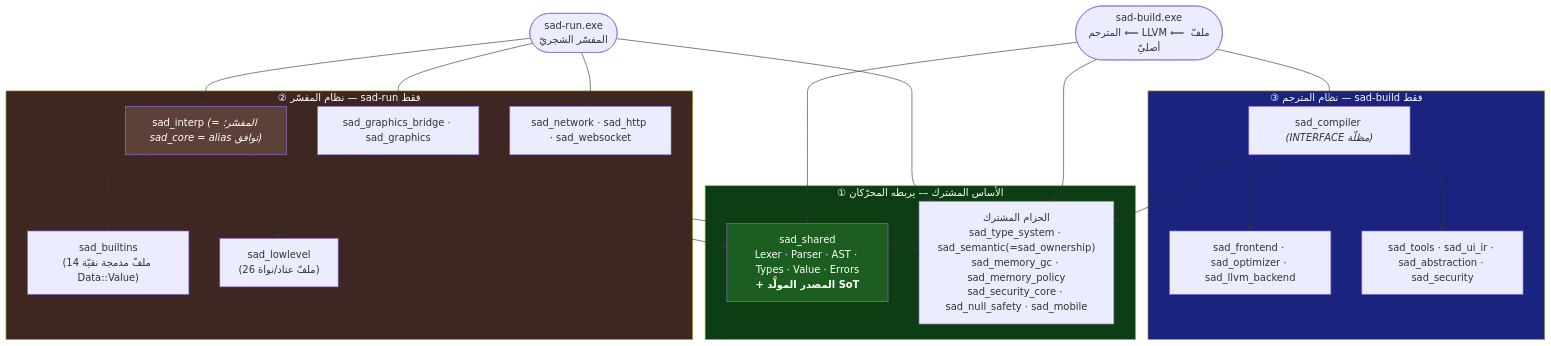
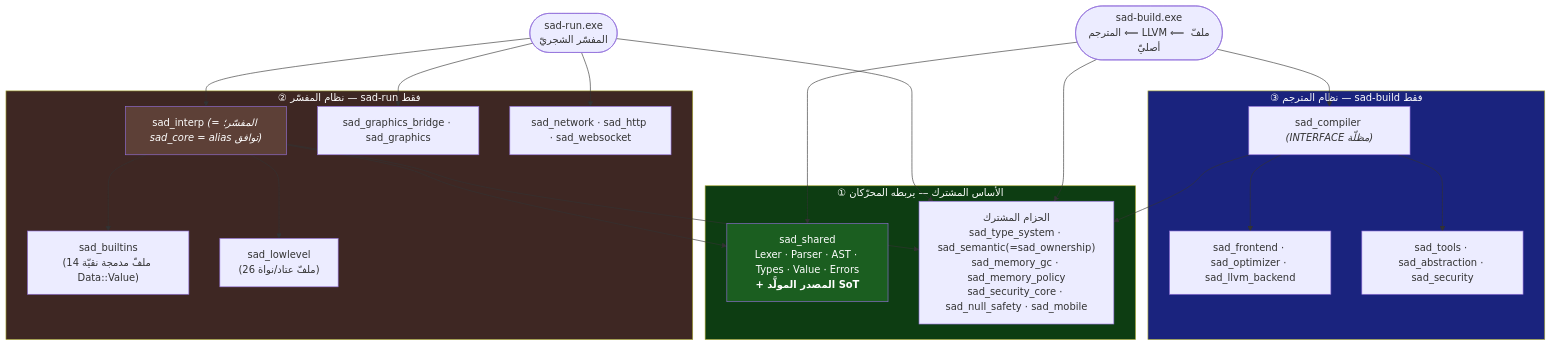
One commit to sadlang/sadlang changed the diagram in docs/architecture/cmake-target-boundaries.md. Above: the diagram before and after it, drawn with Mermaid. The commit also changed other lines of this file and 35 other files, not shown here.

````diff
--- a/docs/architecture/cmake-target-boundaries.md
+++ b/docs/architecture/cmake-target-boundaries.md
@@ -20,36 +20,36 @@
 ```mermaid
 flowchart TB
     subgraph FOUND["① الأساس المشترك — يربطه المحرّكان"]
         SHARED["sad_shared<br/>Lexer · Parser · AST · Types · Value · Errors<br/><b>+ المصدر المولَّد SoT</b>"]
         BAND["الحزام المشترك<br/>sad_type_system · sad_semantic(=sad_ownership)<br/>sad_memory_gc · sad_memory_policy<br/>sad_security_core · sad_null_safety · sad_mobile"]
     end
 
     subgraph INTERP["② نظام المفسّر — sad-run فقط"]
         CORE["sad_interp <i>(= المفسّر؛ sad_core = alias توافق)</i>"]
         BLT["sad_builtins<br/>(14 ملفّ مدمجة نقيّة Data::Value)"]
         LOW["sad_lowlevel<br/>(26 ملفّ عتاد/نواة)"]
         UIB["sad_graphics_bridge · sad_graphics"]
         NET["sad_network · sad_http · sad_websocket"]
     end
 
     subgraph COMPILE["③ نظام المترجم — sad-build فقط"]
         COMP["sad_compiler <i>(INTERFACE مظلّة)</i>"]
         FRONT["sad_frontend · sad_optimizer · sad_llvm_backend"]
-        CTOOLS["sad_tools · sad_ui_ir · sad_abstraction · sad_security"]
+        CTOOLS["sad_tools · sad_abstraction · sad_security"]
     end
 
     RUN(["sad-run.exe<br/>المفسّر الشجريّ"])
     BUILD(["sad-build.exe<br/>المترجم ⟸ LLVM ⟸ ملفّ أصليّ"])
 
     CORE --> BLT & LOW
     CORE --> SHARED & BAND
     RUN --> CORE & UIB & NET & BAND
     COMP --> FRONT & CTOOLS & BAND
     BUILD --> SHARED & COMP & BAND
 
     style SHARED fill:#1b5e20,color:#fff
     style CORE fill:#5d4037,color:#fff
     style FOUND fill:#0d3d12,color:#fff
     style INTERP fill:#3e2723,color:#fff
     style COMPILE fill:#1a237e,color:#fff
 ```
````
